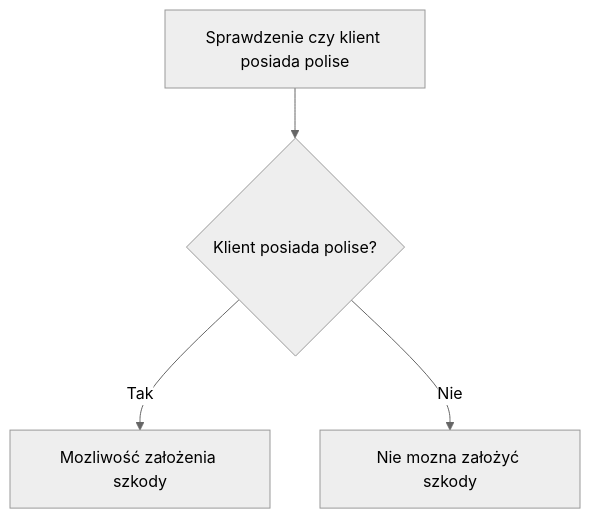
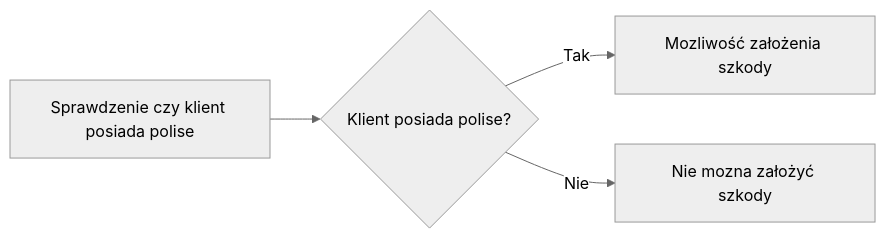
The fourth of 5 diagrams in README.md (ArkadiuszBorkowski/Insurance-Management-System), drawn with Mermaid (neutral theme) before and after one commit. The commit also changed other lines of this file, not shown here.

````diff
--- a/README.md
+++ b/README.md
@@ -63,6 +63,6 @@
 ```mermaid
-flowchart TD
+flowchart LR
     A[Sprawdzenie czy klient posiada polise] --> B{Klient posiada polise?}
     B -->|Tak| C[Mozliwość założenia szkody]
     B -->|Nie| D[Nie mozna założyć szkody]
 ```
````
